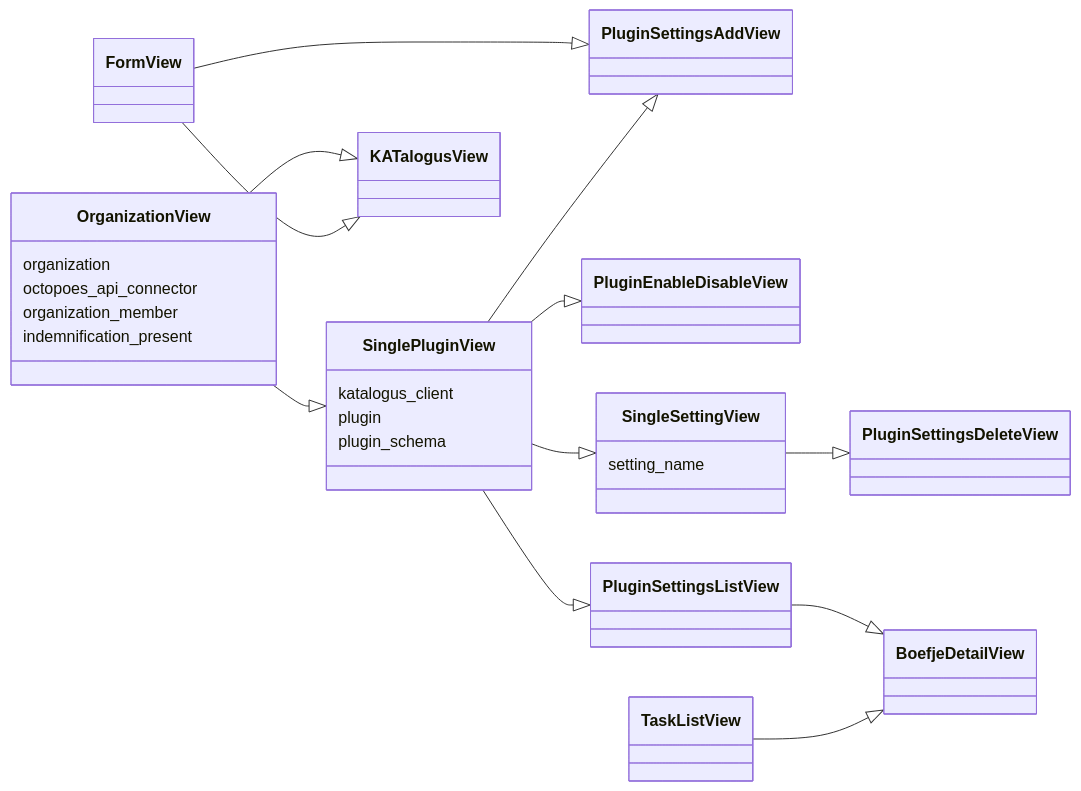
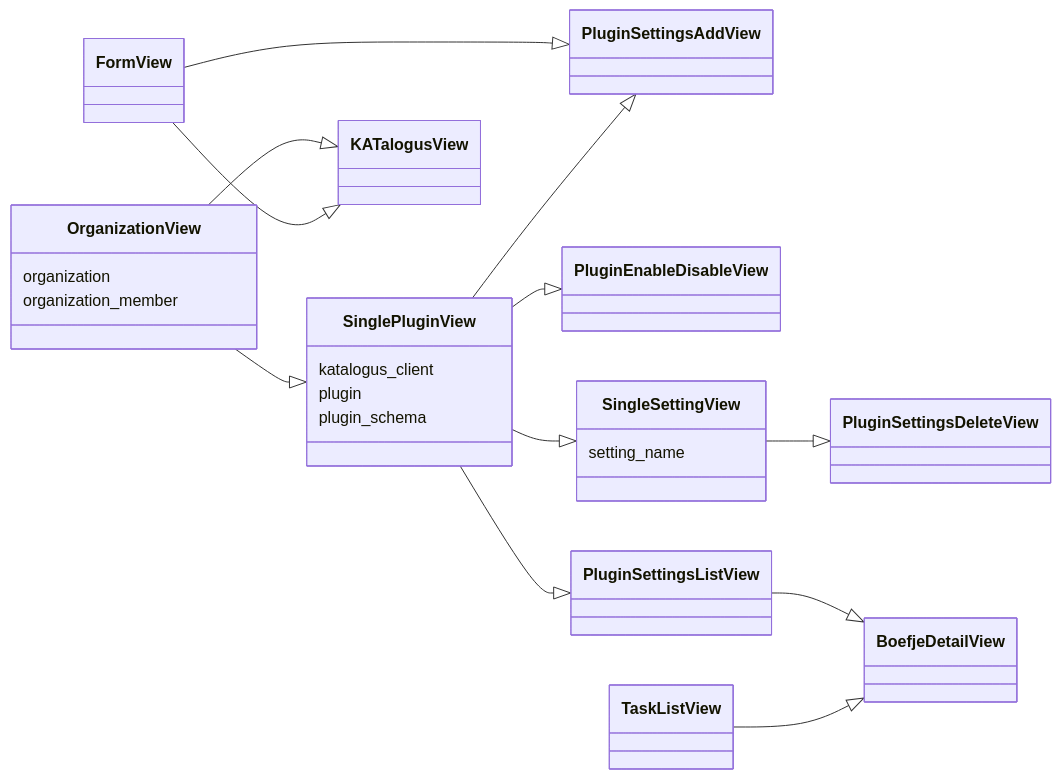
The fourth of 4 diagrams in docs/source/developer_documentation/rocky.md (minvws/nl-kat-coordination), drawn with Mermaid before and after one commit.

````diff
--- a/docs/source/developer_documentation/rocky.md
+++ b/docs/source/developer_documentation/rocky.md
@@ -280,39 +280,37 @@
 ```{mermaid}
 classDiagram
 direction RL
     class FormView
     class OrganizationView
     class SinglePluginView
     class KATalogusView
     class PluginSettingsAddView
     class PluginEnableDisableView
     class SingleSettingView
     class PluginSettingsListView
 
     OrganizationView : organization
-    OrganizationView : octopoes_api_connector
     OrganizationView : organization_member
-    OrganizationView : indemnification_present
 
     SinglePluginView : katalogus_client
     SinglePluginView : plugin
     SinglePluginView : plugin_schema
 
     SingleSettingView : setting_name
 
     class PluginSettingsDeleteView
     class BoefjeDetailView
     class TaskListView
 
     KATalogusView  <|--  OrganizationView
     KATalogusView  <|--  FormView
     SinglePluginView  <|--  OrganizationView
     SingleSettingView  <|--  SinglePluginView
     BoefjeDetailView  <|--  PluginSettingsListView
     BoefjeDetailView  <|--  TaskListView
     PluginEnableDisableView  <|--  SinglePluginView
     PluginSettingsAddView  <|--  FormView
     PluginSettingsAddView  <|--  SinglePluginView
     PluginSettingsDeleteView  <|--  SingleSettingView
     PluginSettingsListView  <|--  SinglePluginView
 ```
````
